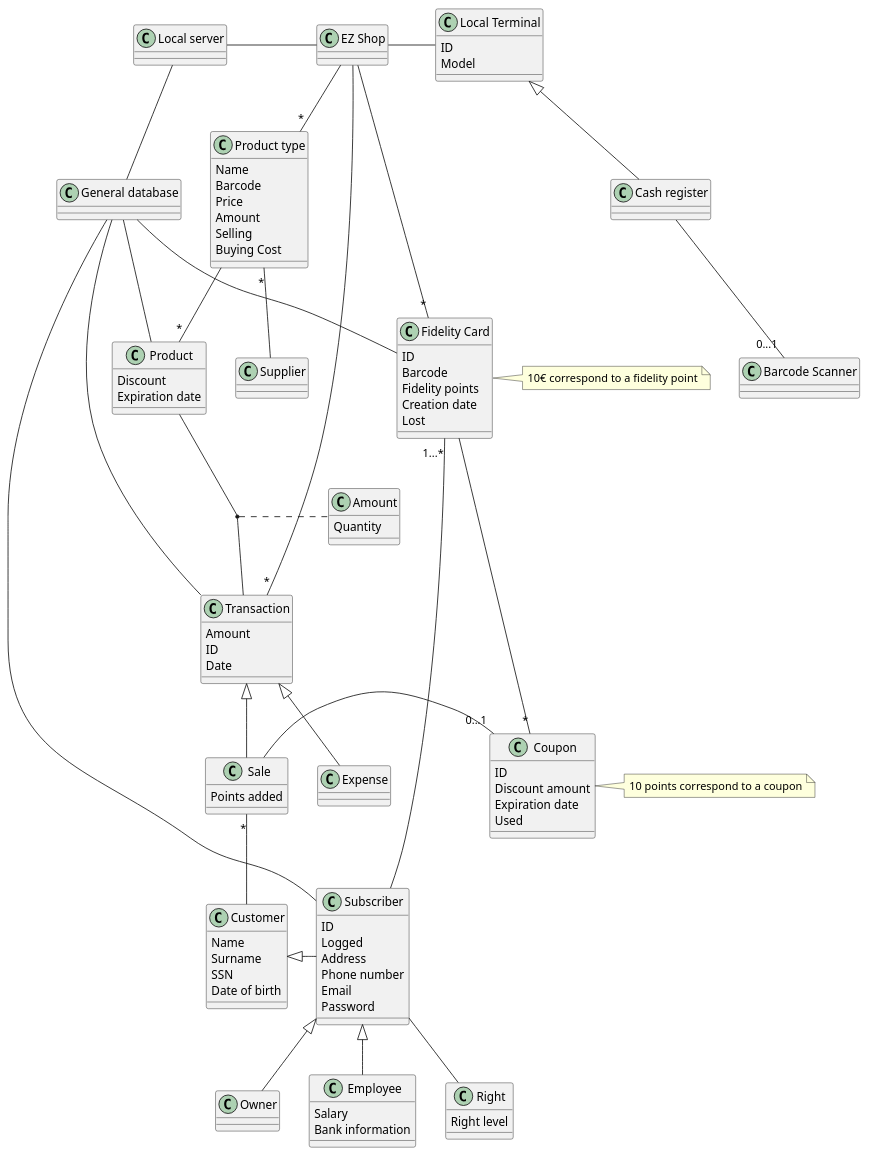
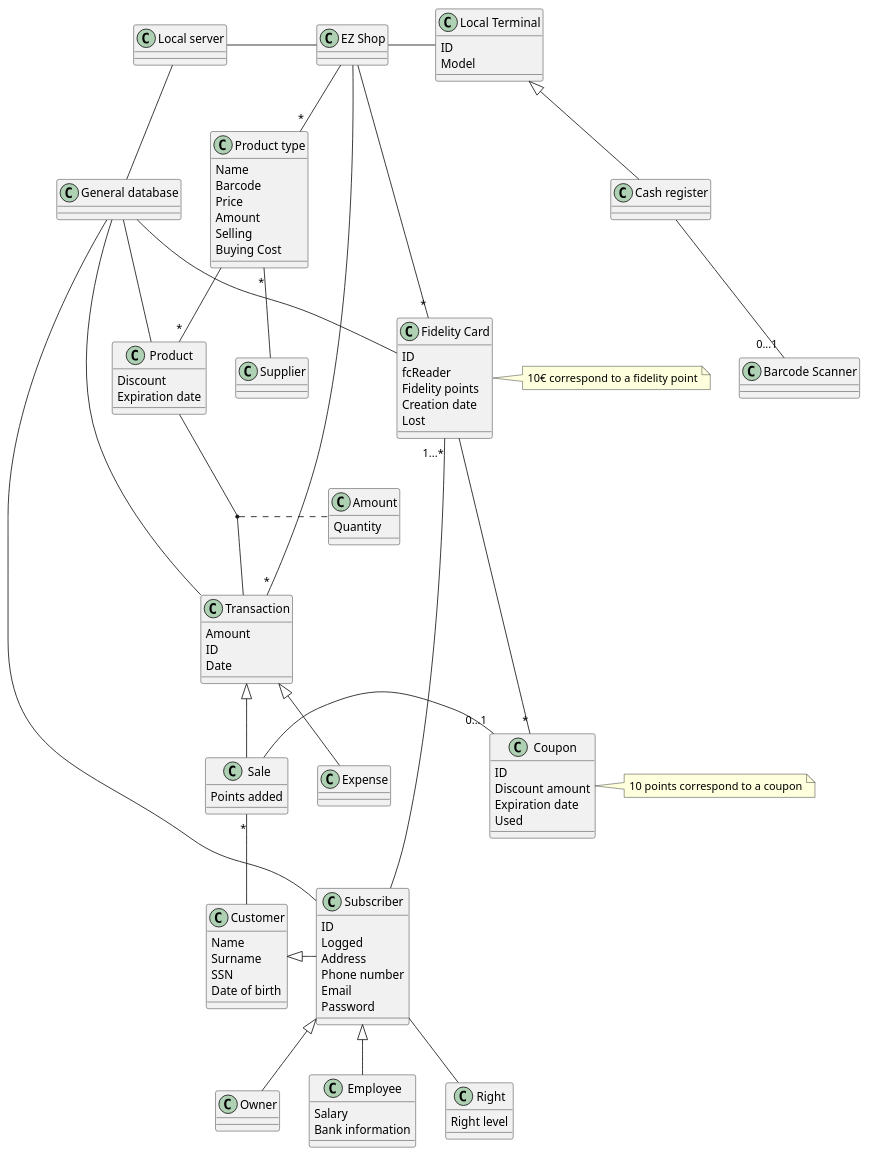
The fifth of 7 diagrams in Deliverables/RequirementsDocument.md (nicolabattaglino/ezshop), drawn with PlantUML before and after one commit. The commit also changed other lines of this file and 1 other file, not shown here.

```diff
--- a/Deliverables/RequirementsDocument.md
+++ b/Deliverables/RequirementsDocument.md
@@ -802,7 +802,7 @@
 }
 class "Fidelity Card" as fidelityCard{
 ID
-Barcode
+fcReader
 Fidelity points
 Creation date 
 Lost 
```
